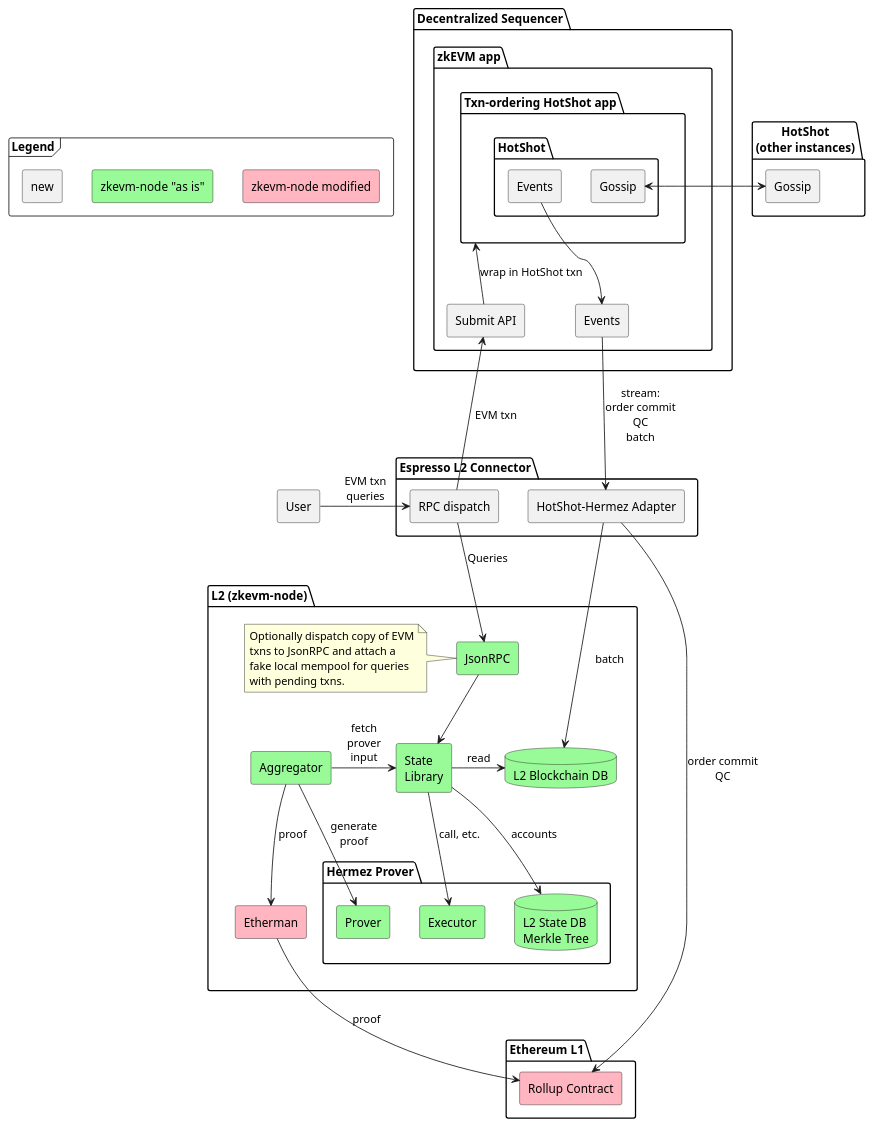
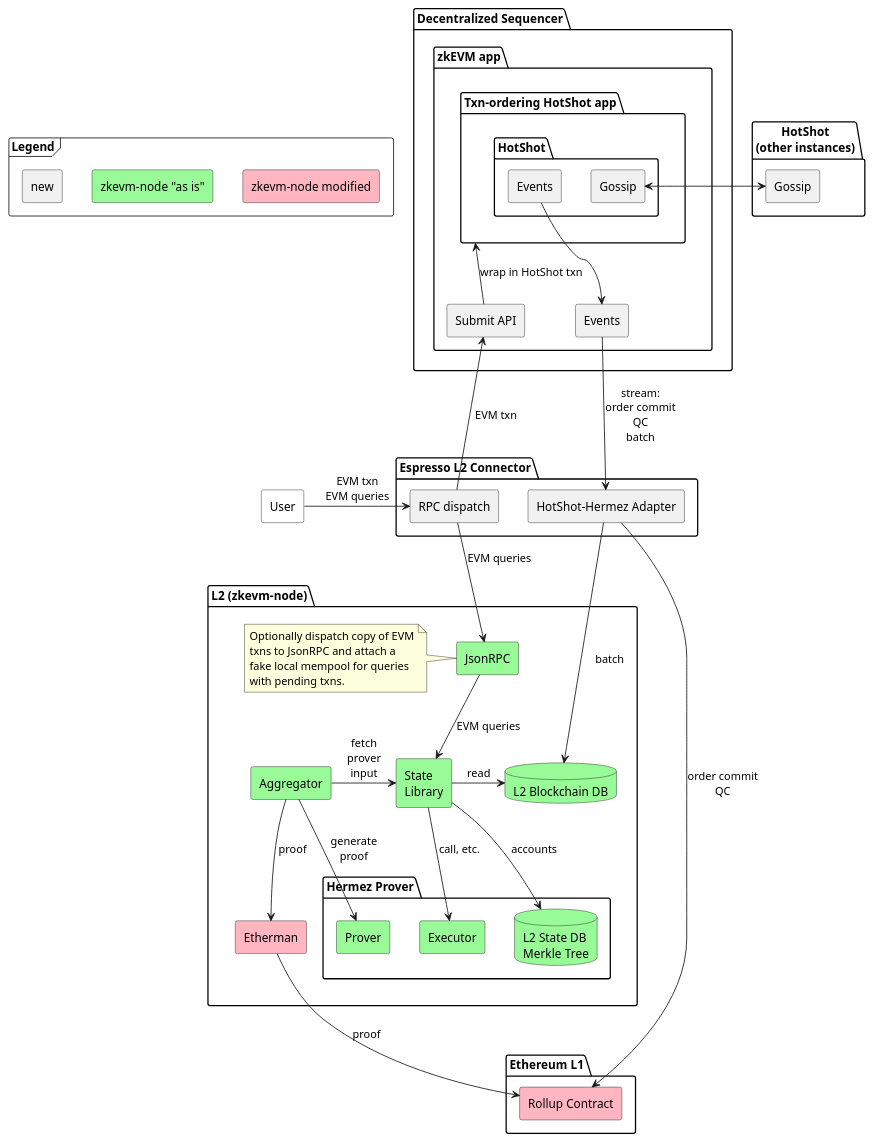
Before and after one commit to EspressoSystems/espresso-sequencer: the diagram in doc/architecture.puml, drawn with PlantUML. The commit also changed 1 other file, not shown here.

```diff
--- a/doc/architecture.puml
+++ b/doc/architecture.puml
@@ -1,98 +1,98 @@
 @startuml
 skinparam componentStyle rectangle
 
 frame Legend {
   component "zkevm-node "as is"" as Original #PaleGreen
   component "zkevm-node modified" as Modified #LightPink
   component "new" as New
 }
 
 New -[hidden]r-> Original
 Original -[hidden]r-> Modified
 
-component User
+component User #White
 package "HotShot\n(other instances)" as HotShotExternal {
   component "Gossip" as GossipExternal
 }
 
 package "Decentralized Sequencer" {
   package "zkEVM app" as zkApp {
     component Events
     component "Submit API" as Submit
     package "Txn-ordering HotShot app" as App {
       package HotShot {
         component "Gossip" as GossipInternal
         component "Events" as HotShotEvents
       }
     }
   }
 }
 
 
 package "Espresso L2 Connector" as Connector {
   component "HotShot-Hermez Adapter" as Adapter
   component "RPC dispatch" as Dispatch
 }
 
 package "Ethereum L1" as L1 {
   component "Rollup Contract" as Rollup #LightPink
   ' component "Bridge L1" as BridgeL1 #PaleGreen
 }
 
 
 package "L2 (zkevm-node)" as L2 {
   component JsonRPC #PaleGreen
   note left of JsonRPC
     Optionally dispatch copy of EVM
     txns to JsonRPC and attach a
     fake local mempool for queries
     with pending txns.
   end note
   database L2DB #PaleGreen [
     L2 Blockchain DB
   ]
   package "Hermez Prover" as HermezProver {
     component Prover #PaleGreen
     component Executor #PaleGreen
     database Tree #PaleGreen [
       L2 State DB
       Merkle Tree
     ]
   }
   'component "Bridge L2" as BridgeL2 #PaleGreen
   component Etherman #LightPink
   component Aggregator #PaleGreen
   component "State\nLibrary" as State #PaleGreen
 }
 
-User -> Dispatch: EVM txn\nqueries
-'positions the box in a better place
+User -> Dispatch: EVM txn\nEVM queries
+'positions the User box in a better place
 User -[hidden]> L2
 
-Dispatch --> JsonRPC: Queries
+Dispatch --> JsonRPC: EVM queries
 Dispatch -up-> Submit: EVM txn
 
 GossipInternal <-> GossipExternal
 
 Events --> Adapter: stream:\norder commit\nQC\nbatch
 
 Adapter -> L2DB: batch
 Adapter -> Rollup: order commit\nQC
 
-JsonRPC --> State
+JsonRPC --> State: EVM queries
 
 State -> L2DB: read
 State --> Tree: accounts
 State --> Executor: call, etc.
 
 Aggregator -> State: fetch\nprover\ninput
 Aggregator --> Etherman: proof
 Aggregator -> Prover: generate\nproof
 Etherman --> Rollup: proof
 
 ' Prover ..> BridgeL2
 ' User --> BridgeL1
 Submit -up-> App: wrap in HotShot txn
 HotShotEvents -down-> Events
 
 @enduml
```
